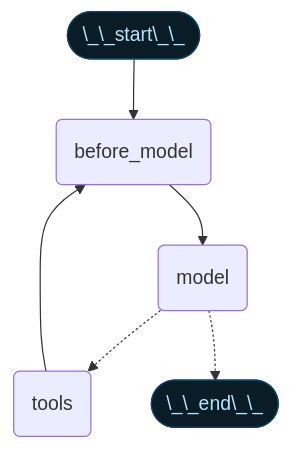
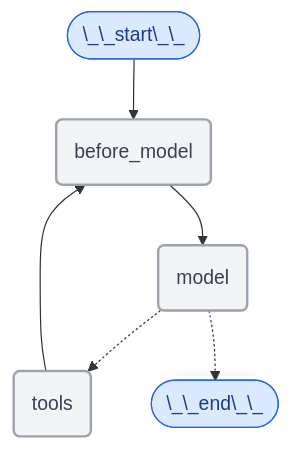
Before and after one commit to bansalkanav/docs: the first of 2 diagrams in build/oss/javascript/langchain/short-term-memory.mdx, drawn with Mermaid. The commit also changed other lines of this file and 2887 other files, not shown here.

````diff
--- a/build/oss/javascript/langchain/short-term-memory.mdx
+++ b/build/oss/javascript/langchain/short-term-memory.mdx
@@ -544,25 +548,26 @@
 ```mermaid
 %%{
     init: {
         "fontFamily": "monospace",
         "flowchart": {
         "curve": "basis"
-        },
-        "themeVariables": {"edgeLabelBackground": "transparent"}
+        }
     }
 }%%
 graph TD
     S(["\_\_start\_\_"])
     PRE(before_model)
     MODEL(model)
     TOOLS(tools)
     END(["\_\_end\_\_"])
     S --> PRE
     PRE --> MODEL
     MODEL -.-> TOOLS
     MODEL -.-> END
     TOOLS --> PRE
-    classDef blueHighlight fill:#0a1c25,stroke:#0a455f,color:#bae6fd;
+    classDef blueHighlight fill:#DBEAFE,stroke:#2563EB,color:#1E3A8A;
+    classDef neutral fill:#F3F4F6,stroke:#9CA3AF,stroke-width:2px,color:#374151;
     class S blueHighlight;
     class END blueHighlight;
+    class PRE,MODEL,TOOLS neutral;
 ```
````
